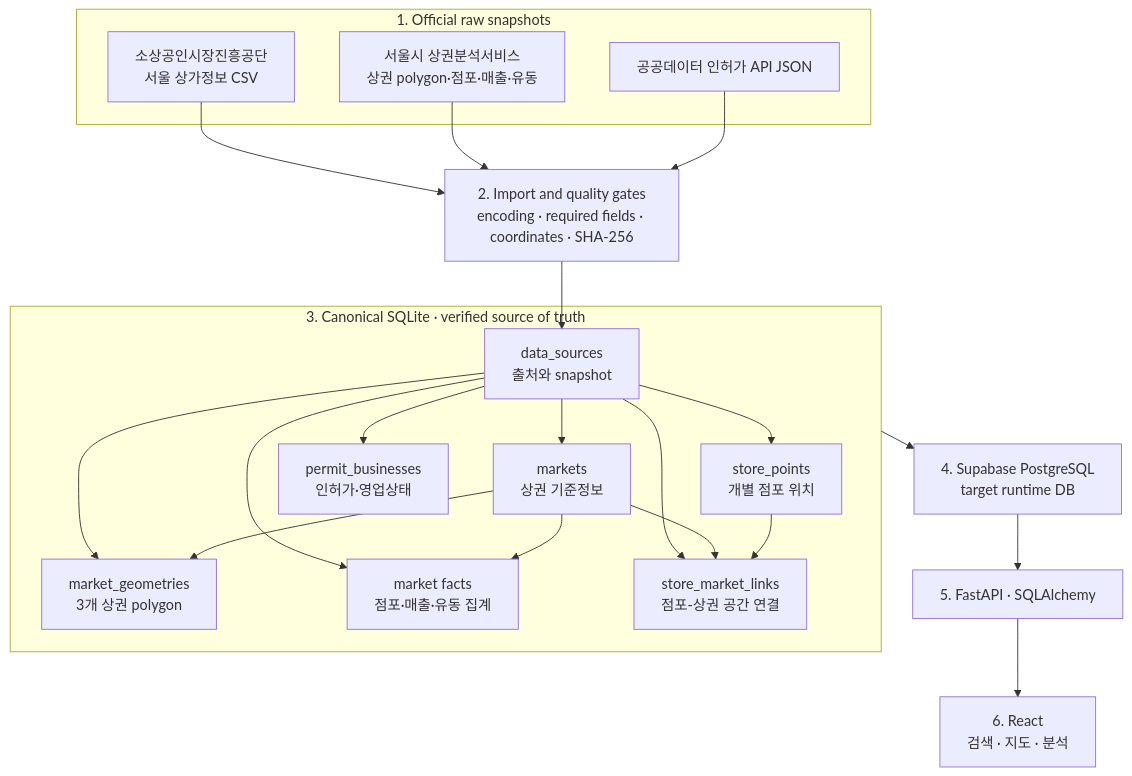
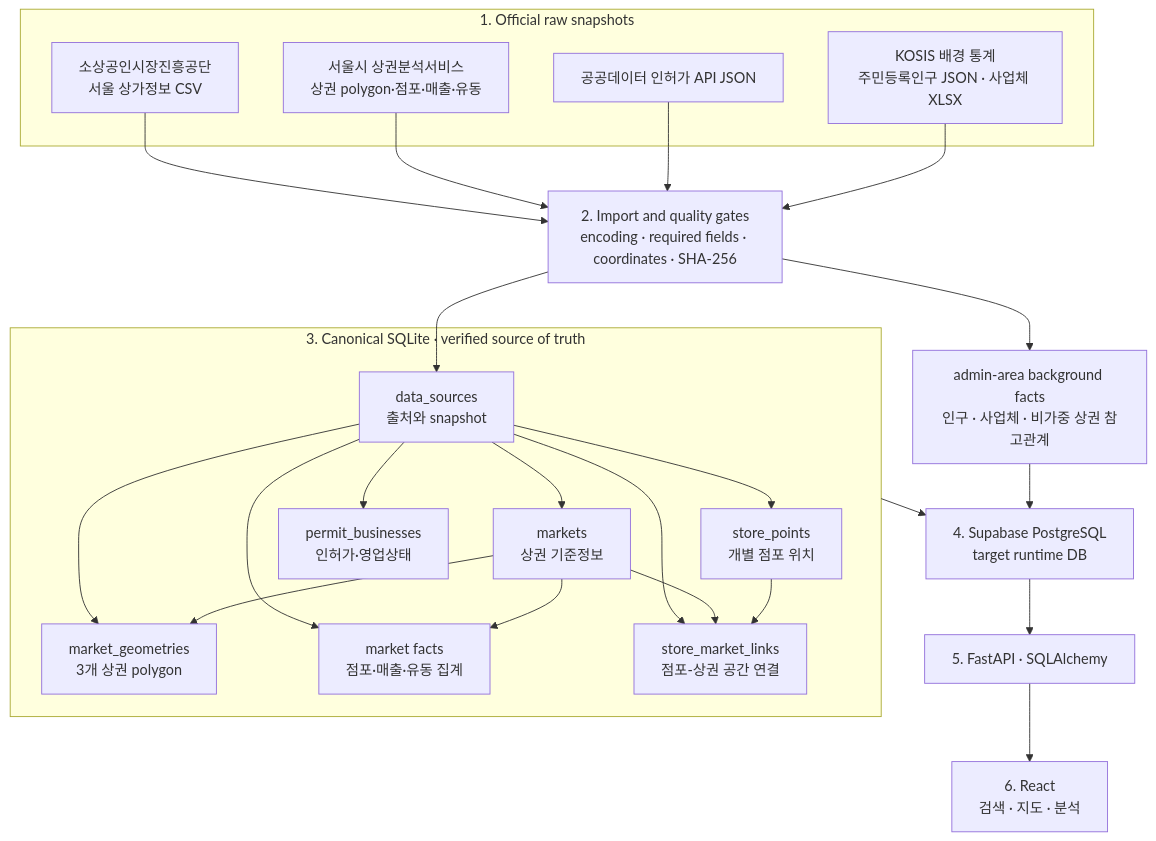
The first of 5 diagrams in docs/data/database-structure.md (Mureung1/hub-showcase), drawn with Mermaid before and after one commit. The commit also changed other lines of this file and 2 other files, not shown here.

First line of the commit message:
docs(data): record KOSIS background provenance

````diff
--- a/docs/data/database-structure.md
+++ b/docs/data/database-structure.md
@@ -13,42 +13,47 @@
 ```mermaid
 flowchart TB
     subgraph RAW["1. Official raw snapshots"]
         SBDC["소상공인시장진흥공단<br/>서울 상가정보 CSV"]
         SEOUL["서울시 상권분석서비스<br/>상권 polygon·점포·매출·유동"]
         PERMIT["공공데이터 인허가 API JSON"]
+        KOSIS["KOSIS 배경 통계<br/>주민등록인구 JSON · 사업체 XLSX"]
     end
 
     IMPORT["2. Import and quality gates<br/>encoding · required fields · coordinates · SHA-256"]
 
     subgraph CANONICAL["3. Canonical SQLite · verified source of truth"]
         DS["data_sources<br/>출처와 snapshot"]
         M["markets<br/>상권 기준정보"]
         GEOMETRY["market_geometries<br/>3개 상권 polygon"]
         FACTS["market facts<br/>점포·매출·유동 집계"]
         POINTS["store_points<br/>개별 점포 위치"]
         LINKS["store_market_links<br/>점포-상권 공간 연결"]
         LICENSE["permit_businesses<br/>인허가·영업상태"]
     end
 
     PG["4. Supabase PostgreSQL<br/>target runtime DB"]
+    BACKGROUND["admin-area background facts<br/>인구 · 사업체 · 비가중 상권 참고관계"]
     API["5. FastAPI · SQLAlchemy"]
     WEB["6. React<br/>검색 · 지도 · 분석"]
 
     SBDC --> IMPORT
     SEOUL --> IMPORT
     PERMIT --> IMPORT
+    KOSIS --> IMPORT
     IMPORT --> DS
     DS --> M
     DS --> GEOMETRY
     DS --> FACTS
     DS --> POINTS
     DS --> LINKS
     DS --> LICENSE
     M --> FACTS
     M --> GEOMETRY
     M --> LINKS
     POINTS --> LINKS
     CANONICAL --> PG
+    IMPORT --> BACKGROUND
+    BACKGROUND --> PG
     PG --> API
     API --> WEB
 ```
````
